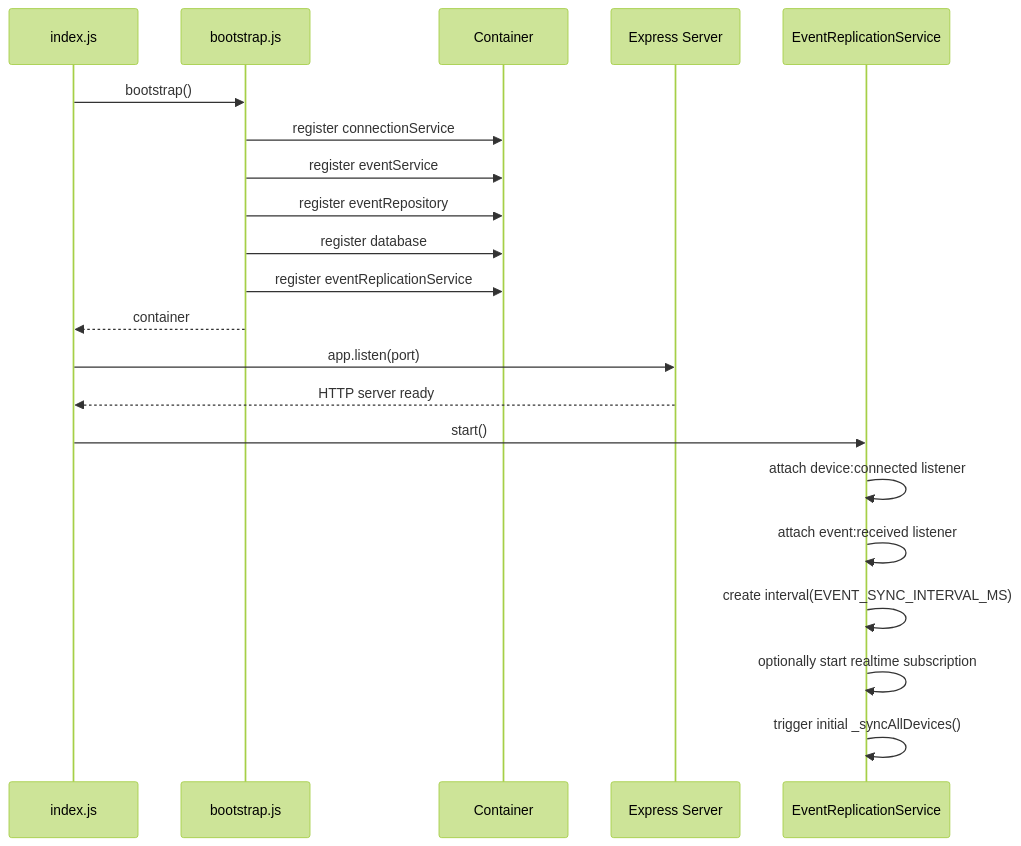
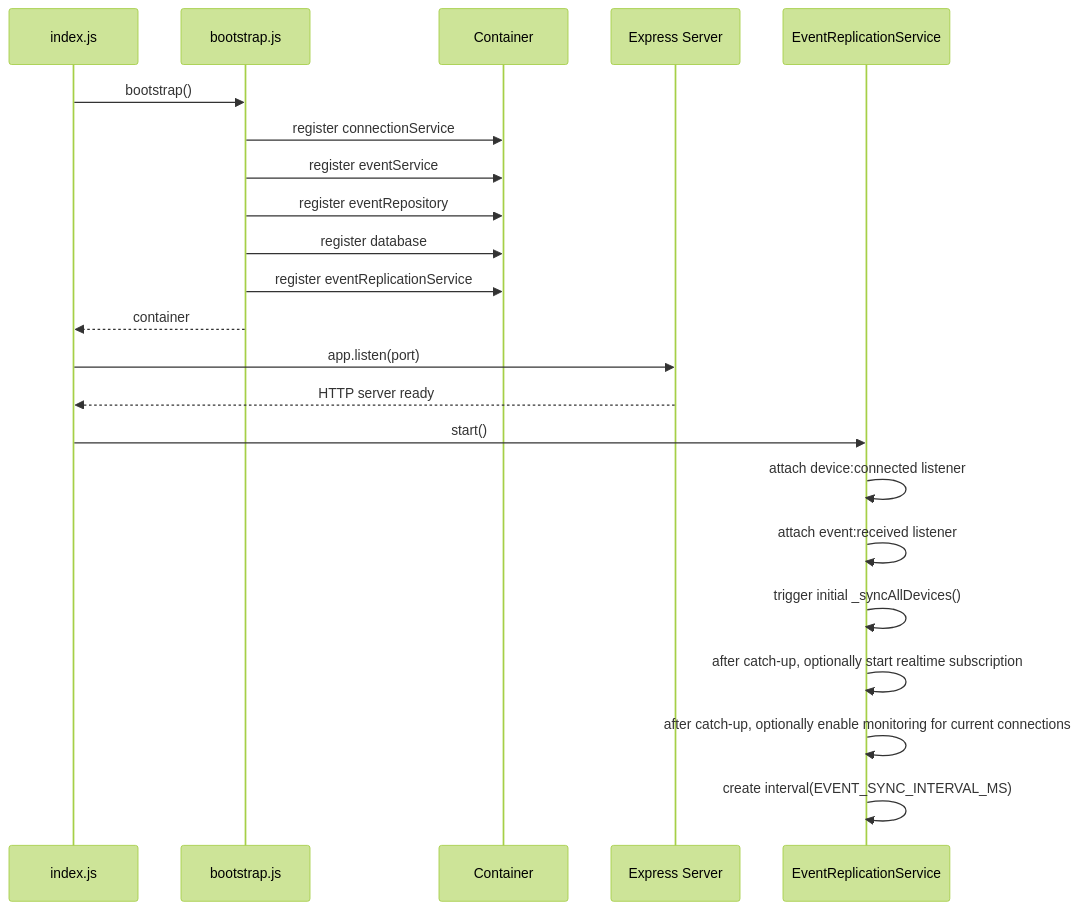
Before and after one commit to Elperry/Suprema_integration: the third of 7 diagrams in packages/backend/EVENT_REPLICATION_ARCHITECTURE.md, drawn with Mermaid (forest theme). The commit also changed other lines of this file and 188 other files, not shown here.

````diff
--- a/packages/backend/EVENT_REPLICATION_ARCHITECTURE.md
+++ b/packages/backend/EVENT_REPLICATION_ARCHITECTURE.md
@@ -104,24 +105,25 @@
 ```mermaid
 sequenceDiagram
     participant Main as index.js
     participant Boot as bootstrap.js
     participant DI as Container
     participant App as Express Server
     participant Rep as EventReplicationService
 
     Main->>Boot: bootstrap()
     Boot->>DI: register connectionService
     Boot->>DI: register eventService
     Boot->>DI: register eventRepository
     Boot->>DI: register database
     Boot->>DI: register eventReplicationService
     Boot-->>Main: container
     Main->>App: app.listen(port)
     App-->>Main: HTTP server ready
     Main->>Rep: start()
     Rep->>Rep: attach device:connected listener
     Rep->>Rep: attach event:received listener
+    Rep->>Rep: trigger initial _syncAllDevices()
+    Rep->>Rep: after catch-up, optionally start realtime subscription
+    Rep->>Rep: after catch-up, optionally enable monitoring for current connections
     Rep->>Rep: create interval(EVENT_SYNC_INTERVAL_MS)
-    Rep->>Rep: optionally start realtime subscription
-    Rep->>Rep: trigger initial _syncAllDevices()
 ```
````
